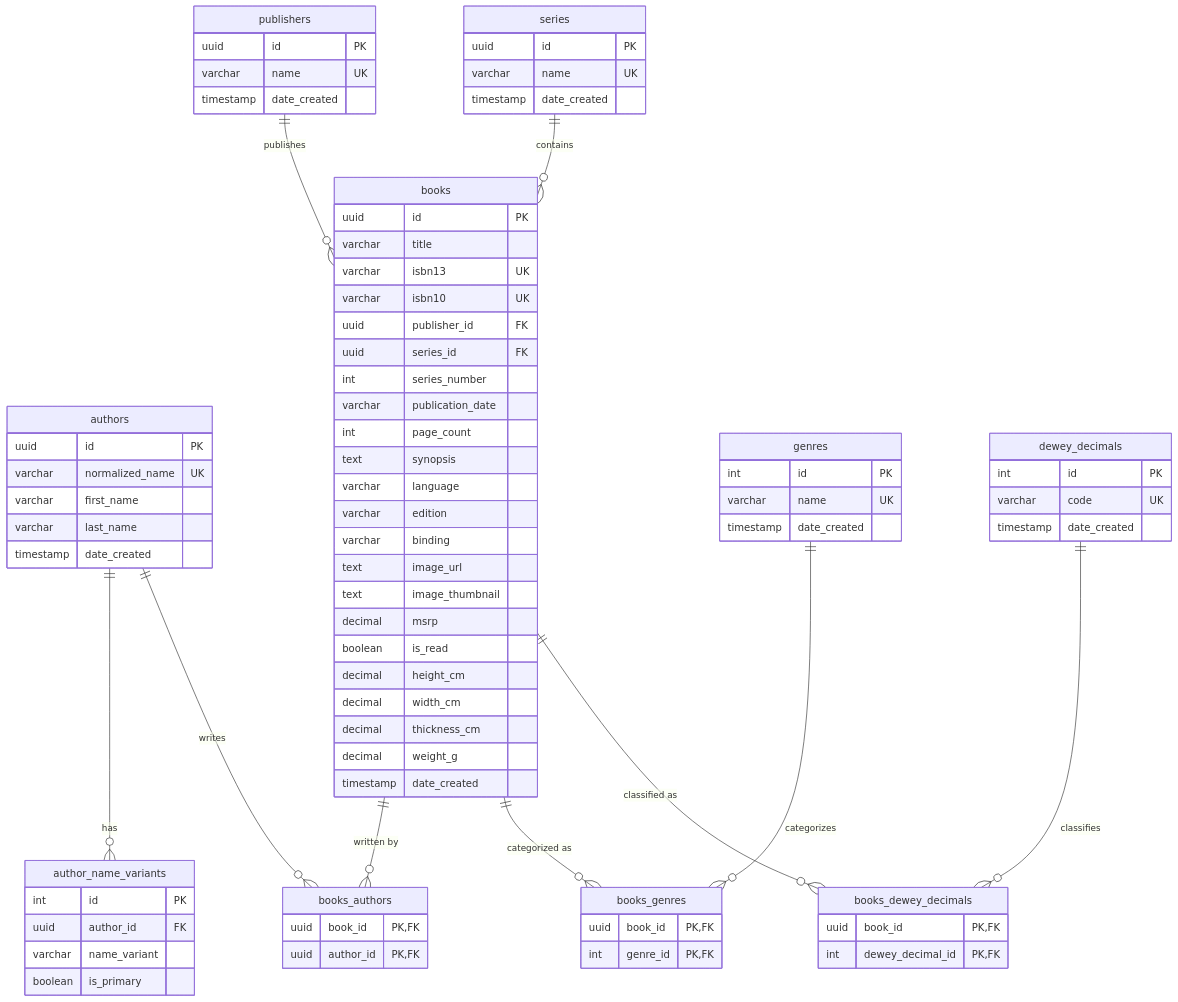
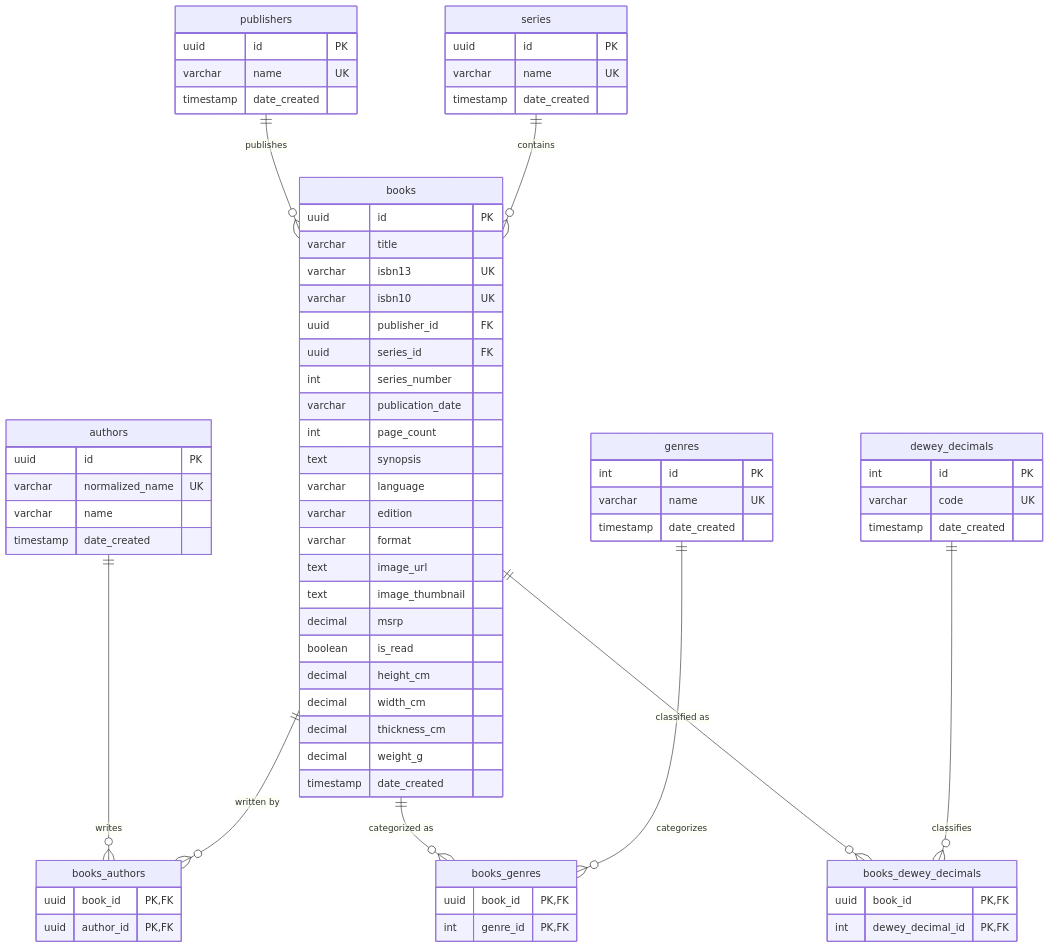
One commit to lynge96/Reveries changed the diagram in README.md. Above: the diagram before and after it, drawn with Mermaid. The commit also changed 339 other files, not shown here.

```diff
--- a/README.md
+++ b/README.md
@@ -57,16 +57,8 @@
     authors {
         uuid id PK
         varchar normalized_name UK
-        varchar first_name
-        varchar last_name
+        varchar name
         timestamp date_created
-    }
-    
-    author_name_variants {
-        int id PK
-        uuid author_id FK
-        varchar name_variant
-        boolean is_primary
     }
     
     books {
@@ -82,7 +74,7 @@
         text synopsis
         varchar language
         varchar edition
-        varchar binding
+        varchar format
         text image_url
         text image_thumbnail
         decimal msrp
@@ -133,7 +125,6 @@
         timestamp date_created
     }
 
-    authors ||--o{ author_name_variants : "has"
     authors ||--o{ books_authors : "writes"
     books ||--o{ books_authors : "written by"
 
```
